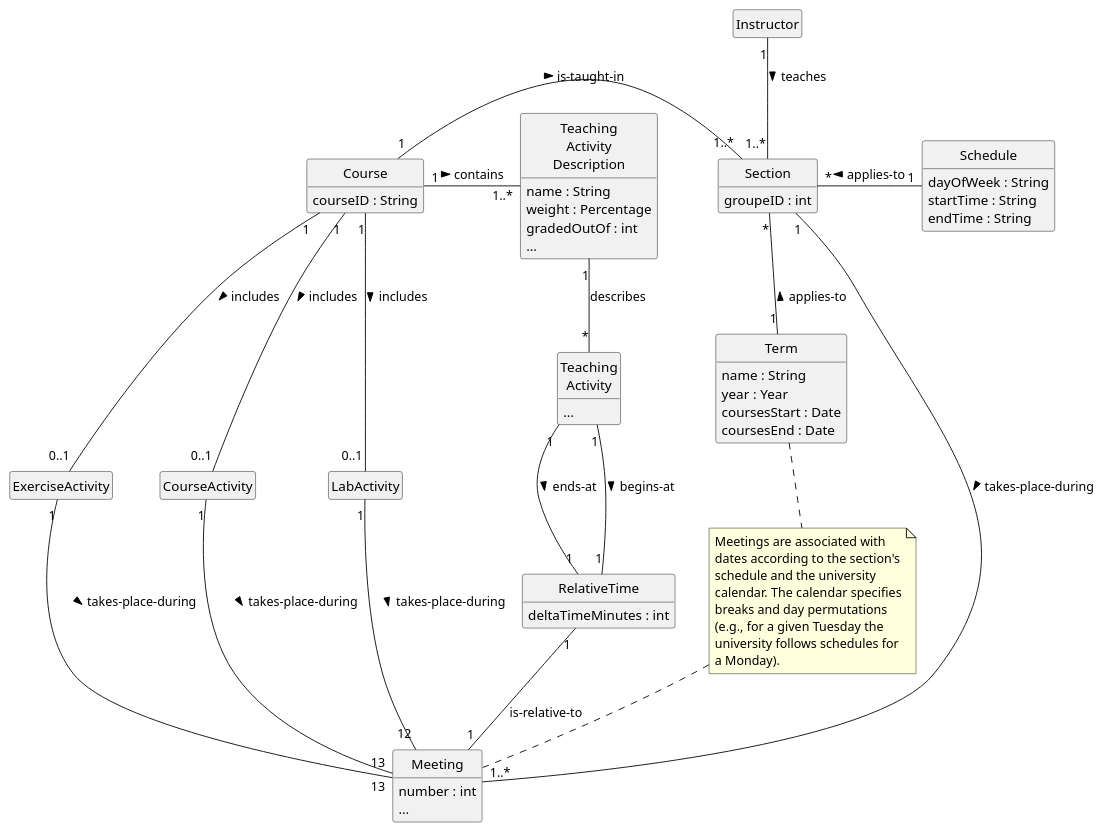
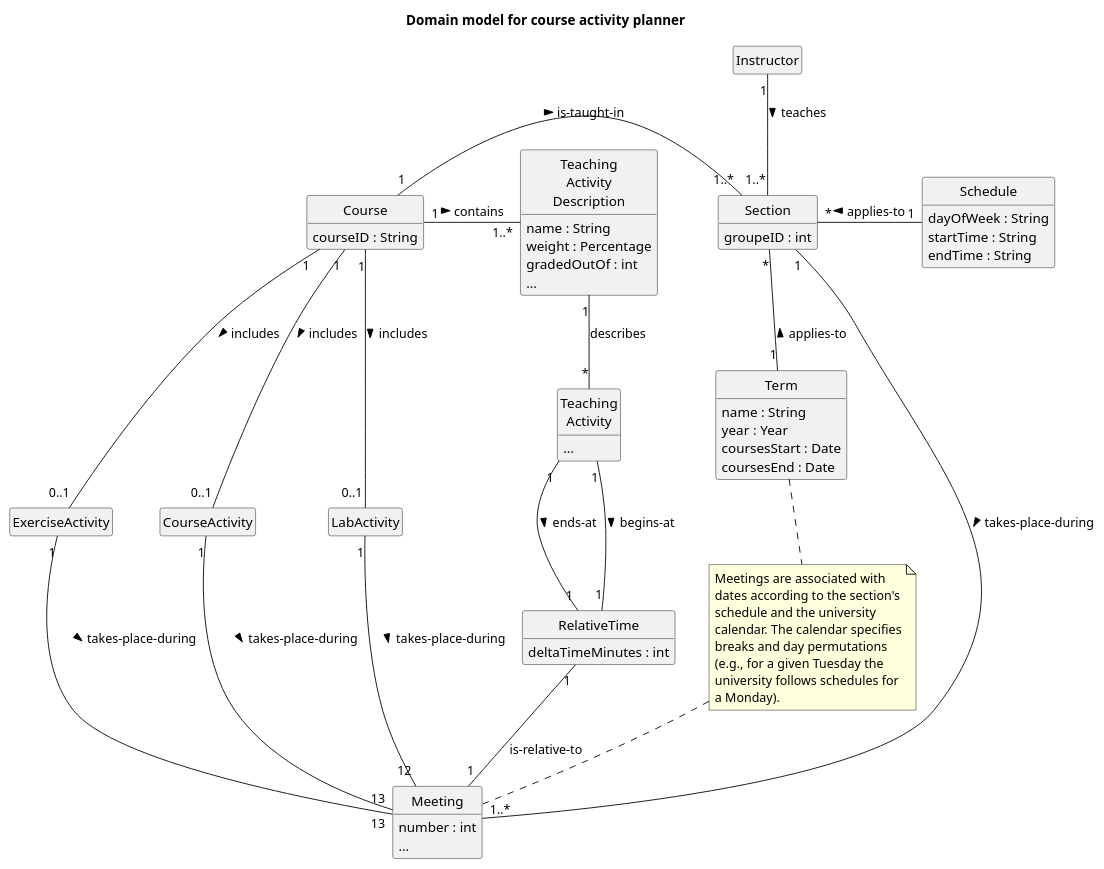
Before and after one commit to fuhrmanator/course-activity-planner: the diagram in ooad/domain-model.puml, drawn with PlantUML.

Commit message:
Added title

```diff
--- a/ooad/domain-model.puml
+++ b/ooad/domain-model.puml
@@ -1,80 +1,81 @@
 @startuml
+title Domain model for course activity planner
 skinparam style strictuml
 hide methods
 hide empty members
 class Instructor
 class Term {
 name : String
 year : Year
 coursesStart : Date
 coursesEnd : Date
 }
 class Schedule {
 dayOfWeek : String
 startTime : String
 endTime : String
 }
 
 class "Teaching\nActivity\nDescription" as TAD {
   name : String
   weight : Percentage
   gradedOutOf : int
   …
 }
 class "Teaching\nActivity" as TA {
   …
 }
 class Course {
   courseID : String
 }
 class Section {
   groupeID : int
 }
 
 class Meeting {
   number : int
   …
 }
 
 class RelativeTime {
   deltaTimeMinutes : int
 }
 
 note as n1
 Meetings are associated with
 dates according to the section's
 schedule and the university
 calendar. The calendar specifies
 breaks and day permutations 
 (e.g., for a given Tuesday the
 university follows schedules for
 a Monday).
 end note
 
 n1 .up. Term
 n1 .. Meeting
 Course "1" -- "0..1" CourseActivity : includes >
 Course "1" -- "0..1" LabActivity : includes >
 Course "1" -- "0..1" ExerciseActivity : includes >
 
 CourseActivity "1" -- "13" Meeting : takes-place-during >
 LabActivity "1" -- "12" Meeting : takes-place-during >
 ExerciseActivity "1" -- "13" Meeting : takes-place-during >
 
 TAD "1" -- "*" TA : describes
 TA "1" -- "1" RelativeTime : begins-at >
 TA "1" -- "1" RelativeTime : ends-at >
 
 RelativeTime "1" -- "1" Meeting : is-relative-to
 
 Course "1" - "1..*" Section : is-taught-in >
 Instructor "1" -- "1..*" Section : teaches >
 Course "1" - "1..*" TAD : contains >
 Section "1" -- "1..*" Meeting : takes-place-during >
 Schedule "1" -left- "*" Section : applies-to >
 Section "*" -down- "1" Term : applies-to <
 
 'Instructor <|-- Professor
 'Instructor <|-- Lecturer
 'Instructor <|-- TeachingAssistant
 @enduml
```
